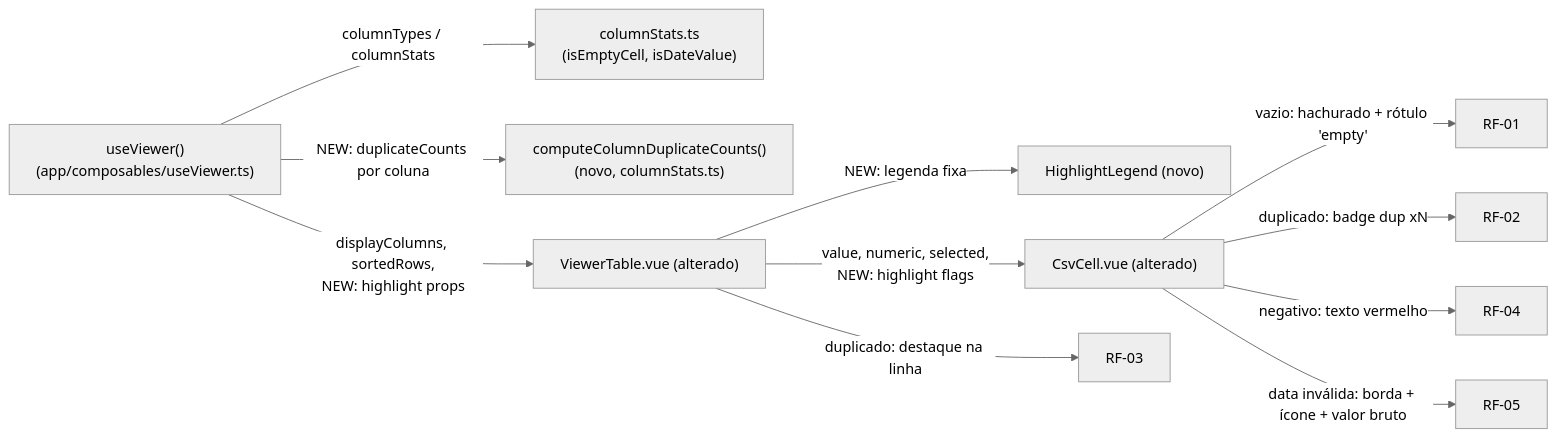
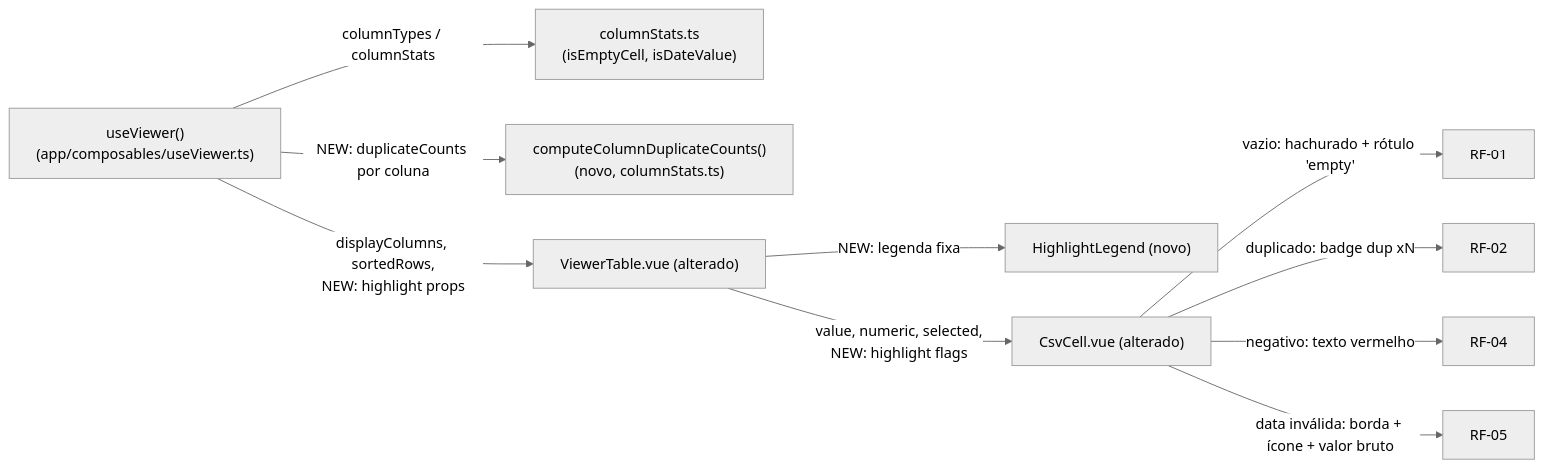
The second of 2 diagrams in .spec/features/visual-highlights/SPEC.md (werlesson/csvview), drawn with Mermaid (neutral theme) before and after one commit. The commit also changed other lines of this file and 2 other files, not shown here.

First line of the commit message:
plan(visual-highlights): revoga RF-03 (destaque de linha inteira)

````diff
--- a/.spec/features/visual-highlights/SPEC.md
+++ b/.spec/features/visual-highlights/SPEC.md
@@ -53,13 +53,12 @@
 ```mermaid
 flowchart LR
   UseViewer["useViewer()<br/>(app/composables/useViewer.ts)"] -->|"columnTypes / columnStats"| ColumnStatsTs["columnStats.ts<br/>(isEmptyCell, isDateValue)"]
   UseViewer -->|"NEW: duplicateCounts por coluna"| NEW_DupHelper["computeColumnDuplicateCounts()<br/>(novo, columnStats.ts)"]
   UseViewer -->|"displayColumns, sortedRows,<br/>NEW: highlight props"| ViewerTable["ViewerTable.vue (alterado)"]
   ViewerTable -->|"NEW: legenda fixa"| NEW_Legend["HighlightLegend (novo)"]
   ViewerTable -->|"value, numeric, selected,<br/>NEW: highlight flags"| CsvCell["CsvCell.vue (alterado)"]
   CsvCell -->|"vazio: hachurado + rótulo 'empty'"| RF01["RF-01"]
   CsvCell -->|"duplicado: badge dup xN"| RF02["RF-02"]
-  ViewerTable -->|"duplicado: destaque na linha"| RF03["RF-03"]
   CsvCell -->|"negativo: texto vermelho"| RF04["RF-04"]
   CsvCell -->|"data inválida: borda + ícone + valor bruto"| RF05["RF-05"]
 ```
````
